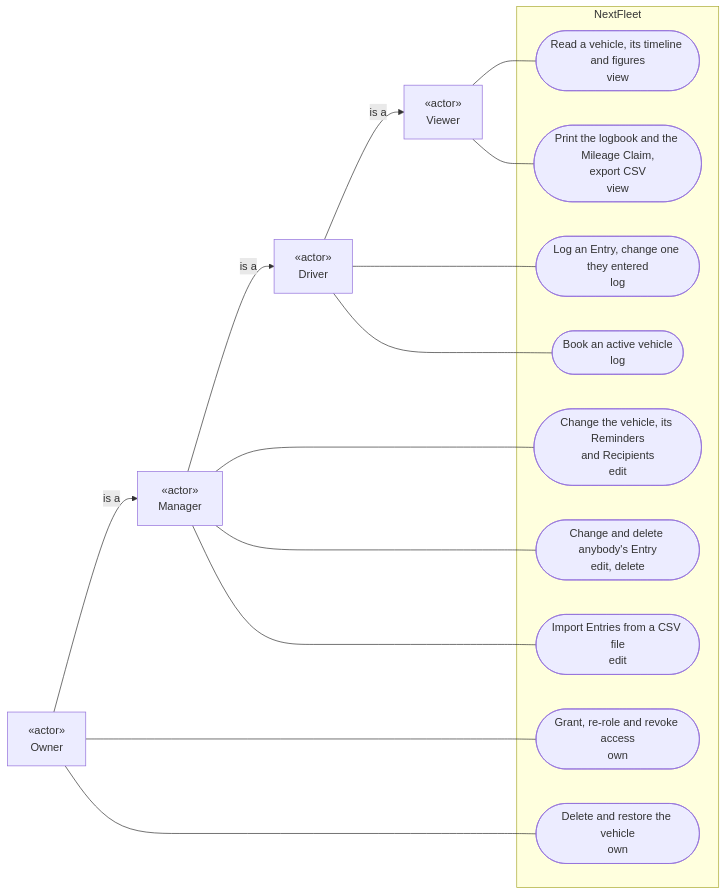
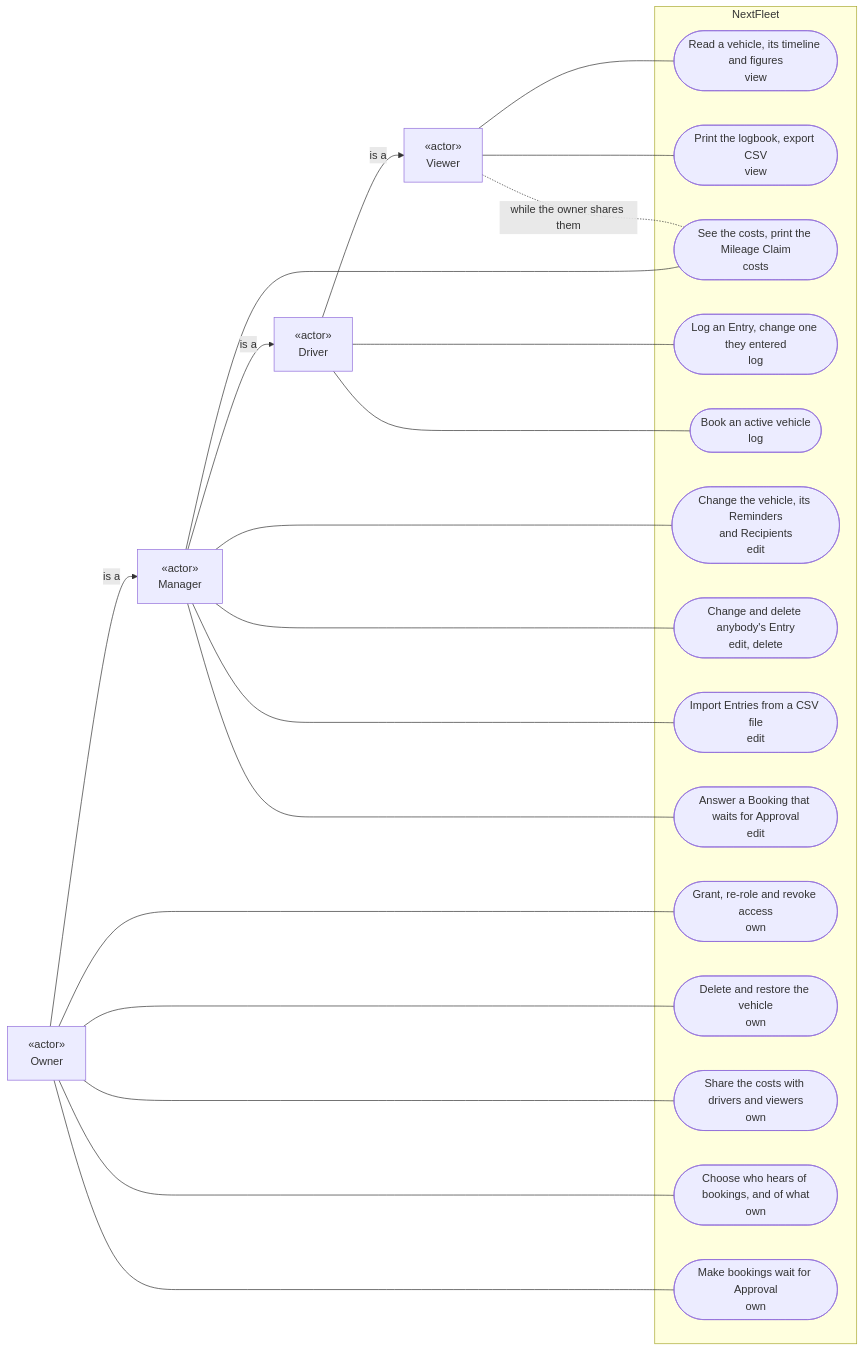
The first of 8 diagrams in docs/design/context.md (typical42/next-fleet), drawn with Mermaid before and after one commit. The commit also changed 177 other files, not shown here.

````diff
--- a/docs/design/context.md
+++ b/docs/design/context.md
@@ -18,23 +18,29 @@
 ```mermaid
 flowchart LR
     Owner["«actor»<br/>Owner"]
     Manager["«actor»<br/>Manager"]
     Driver["«actor»<br/>Driver"]
     Viewer["«actor»<br/>Viewer"]
     Owner -->|is a| Manager -->|is a| Driver -->|is a| Viewer
     subgraph NextFleet
         read(["Read a vehicle, its timeline and figures<br/>view"])
-        print(["Print the logbook and the Mileage Claim,<br/>export CSV<br/>view"])
+        print(["Print the logbook, export CSV<br/>view"])
+        costs(["See the costs, print the Mileage Claim<br/>costs"])
         log(["Log an Entry, change one they entered<br/>log"])
         book(["Book an active vehicle<br/>log"])
         edit(["Change the vehicle, its Reminders<br/>and Recipients<br/>edit"])
         any(["Change and delete anybody's Entry<br/>edit, delete"])
         import(["Import Entries from a CSV file<br/>edit"])
+        answer(["Answer a Booking that waits for Approval<br/>edit"])
         grant(["Grant, re-role and revoke access<br/>own"])
         exist(["Delete and restore the vehicle<br/>own"])
+        share(["Share the costs with drivers and viewers<br/>own"])
+        notices(["Choose who hears of bookings, and of what<br/>own"])
+        gate(["Make bookings wait for Approval<br/>own"])
     end
     Viewer --- read & print
+    Viewer -.-|while the owner shares them| costs
     Driver --- log & book
-    Manager --- edit & any & import
-    Owner --- grant & exist
+    Manager --- edit & any & import & costs & answer
+    Owner --- grant & exist & share & notices & gate
 ```
````
